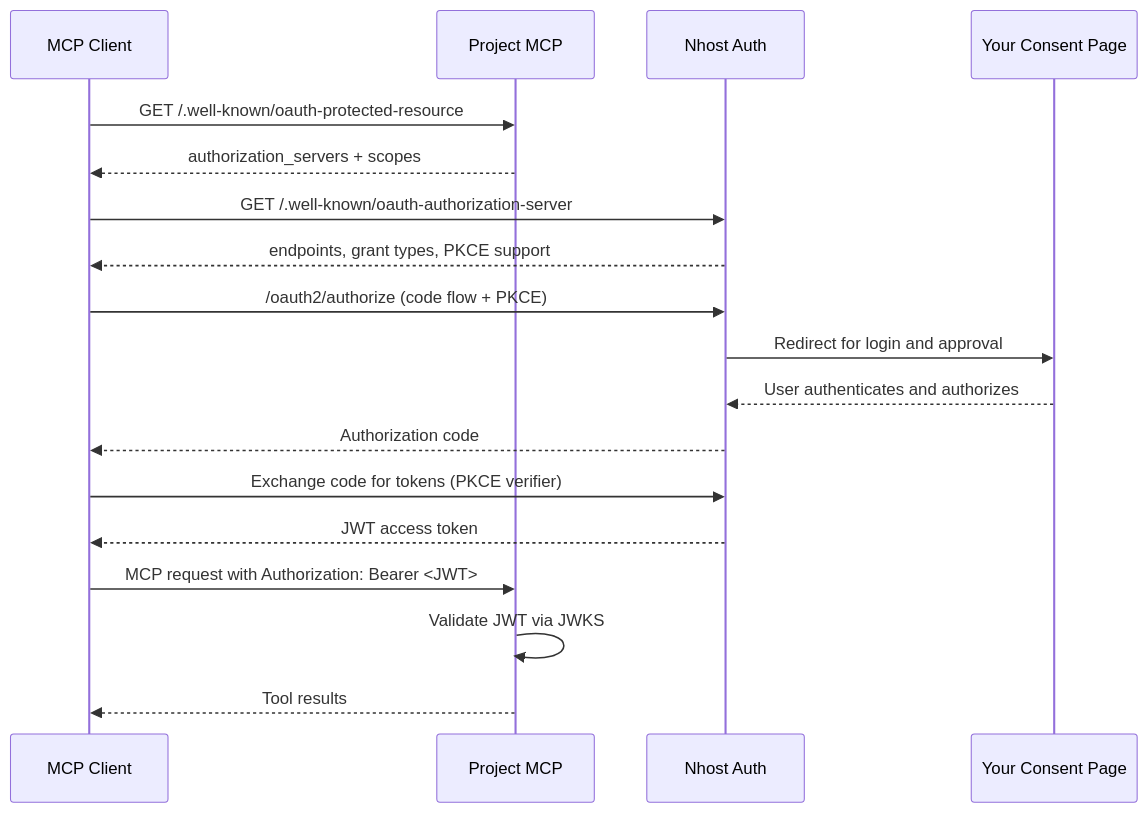
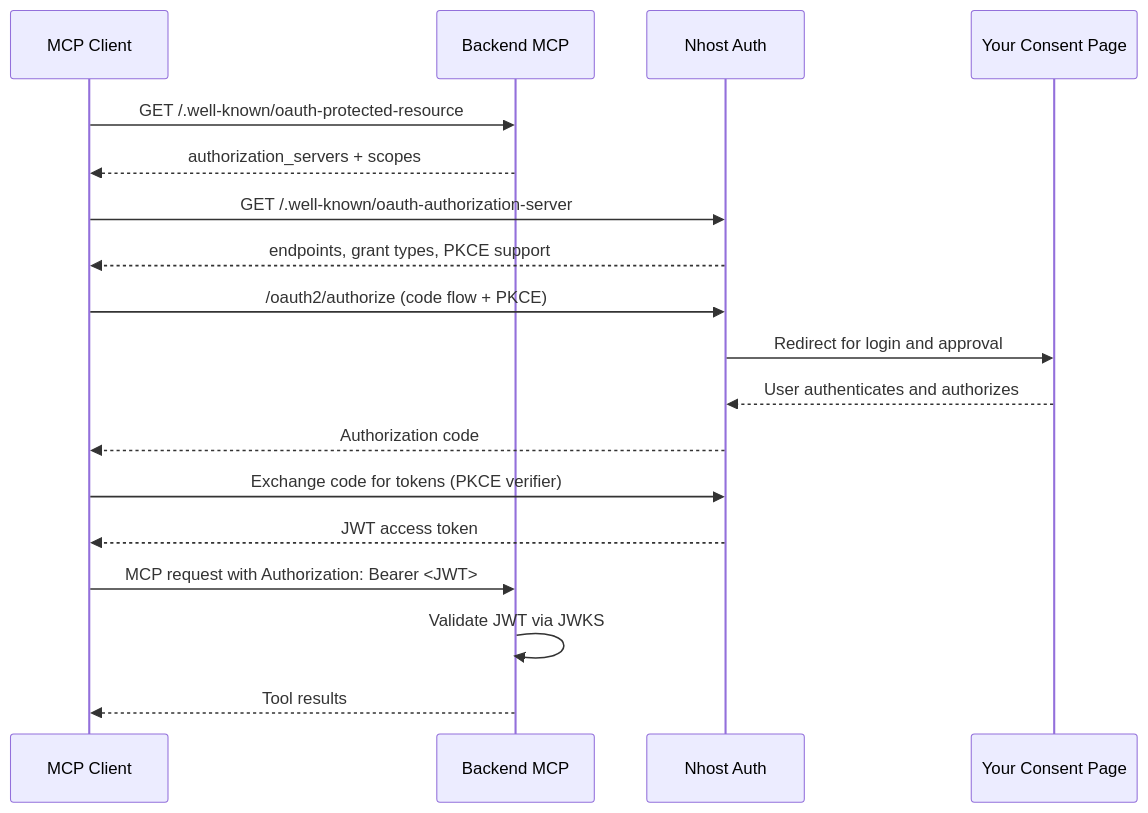
One commit to nhost/nhost changed the diagram in docs/src/content/docs/products/ai/mcp/authentication.mdx. Above: the diagram before and after it, drawn with Mermaid. The commit also changed other lines of this file and 15 other files, not shown here.

First line of the commit message:
docs(mcp): rename Project MCP to Backend MCP Server, apply review feedback

````diff
--- a/docs/src/content/docs/products/ai/mcp/authentication.mdx
+++ b/docs/src/content/docs/products/ai/mcp/authentication.mdx
@@ -66,21 +66,21 @@
 ```mermaid
 sequenceDiagram
     participant Client as MCP Client
-    participant MCP as Project MCP
+    participant MCP as Backend MCP
     participant Auth as Nhost Auth
     participant Consent as Your Consent Page
 
     Client->>MCP: GET /.well-known/oauth-protected-resource
     MCP-->>Client: authorization_servers + scopes
     Client->>Auth: GET /.well-known/oauth-authorization-server
     Auth-->>Client: endpoints, grant types, PKCE support
     Client->>Auth: /oauth2/authorize (code flow + PKCE)
     Auth->>Consent: Redirect for login and approval
     Consent-->>Auth: User authenticates and authorizes
     Auth-->>Client: Authorization code
     Client->>Auth: Exchange code for tokens (PKCE verifier)
     Auth-->>Client: JWT access token
     Client->>MCP: MCP request with Authorization: Bearer <JWT>
     MCP->>MCP: Validate JWT via JWKS
     MCP-->>Client: Tool results
 ```
````
